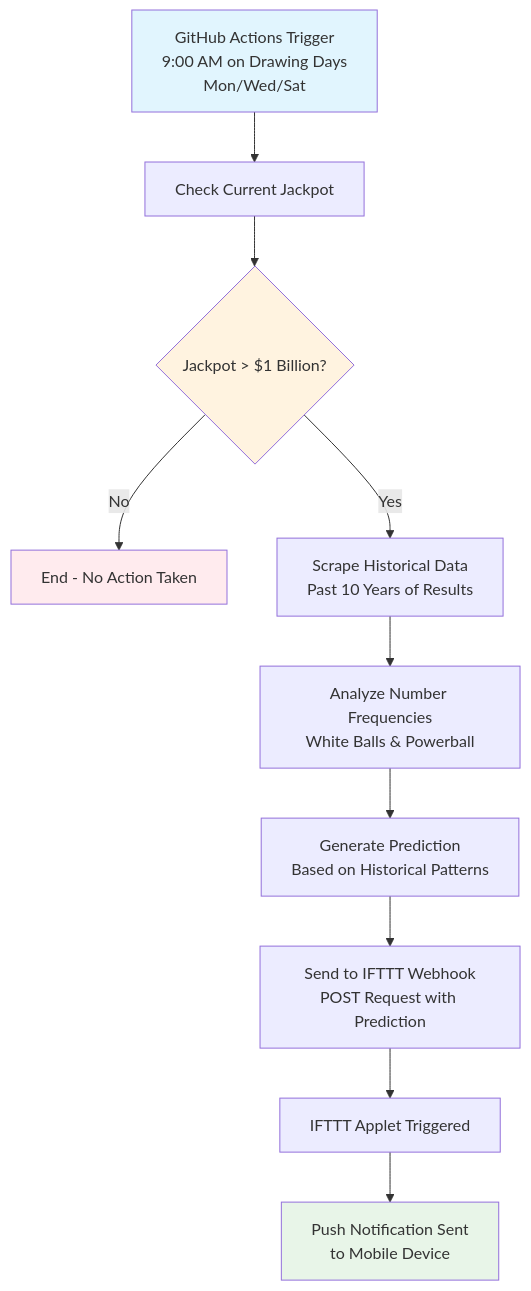
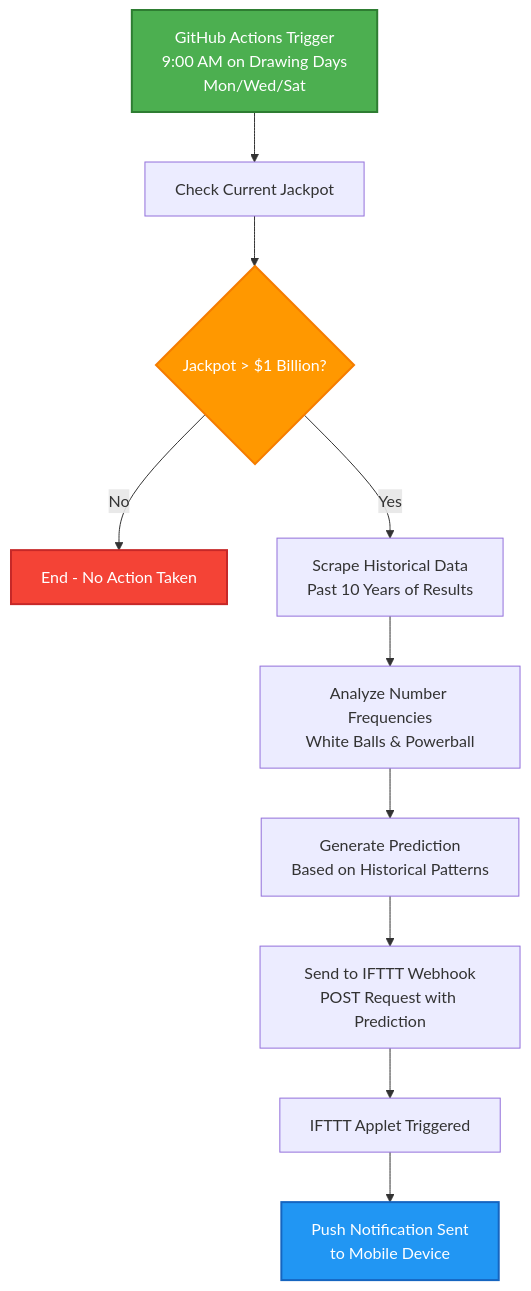
Before and after one commit to MBarc/Florida-Powerball-Predictor: the diagram in README.md, drawn with Mermaid.

Commit message:
Update styles in README for flowchart elements

````diff
--- a/README.md
+++ b/README.md
@@ -14,17 +14,17 @@
 ```mermaid
 flowchart TD
     A[GitHub Actions Trigger<br/>9:00 AM on Drawing Days<br/>Mon/Wed/Sat] --> B[Check Current Jackpot]
     B --> C{Jackpot > $1 Billion?}
     C -->|No| D[End - No Action Taken]
     C -->|Yes| E[Scrape Historical Data<br/>Past 10 Years of Results]
     E --> F[Analyze Number Frequencies<br/>White Balls & Powerball]
     F --> G[Generate Prediction<br/>Based on Historical Patterns]
     G --> H[Send to IFTTT Webhook<br/>POST Request with Prediction]
     H --> I[IFTTT Applet Triggered]
     I --> J[Push Notification Sent<br/>to Mobile Device]
     
-    style A fill:#e1f5fe
-    style C fill:#fff3e0
-    style D fill:#ffebee
-    style J fill:#e8f5e8
+    style A fill:#4CAF50,stroke:#2E7D32,stroke-width:2px,color:#fff
+    style C fill:#FF9800,stroke:#F57C00,stroke-width:2px,color:#fff
+    style D fill:#F44336,stroke:#C62828,stroke-width:2px,color:#fff
+    style J fill:#2196F3,stroke:#1565C0,stroke-width:2px,color:#fff
 ```
````
